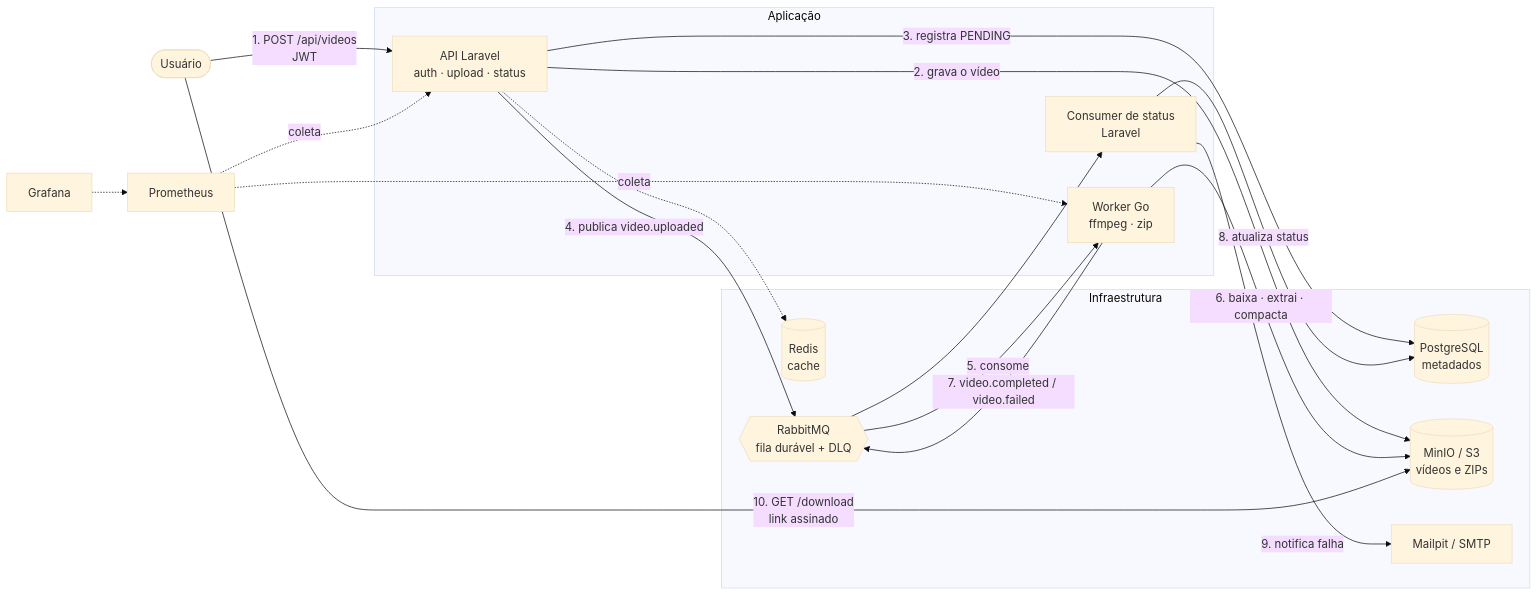
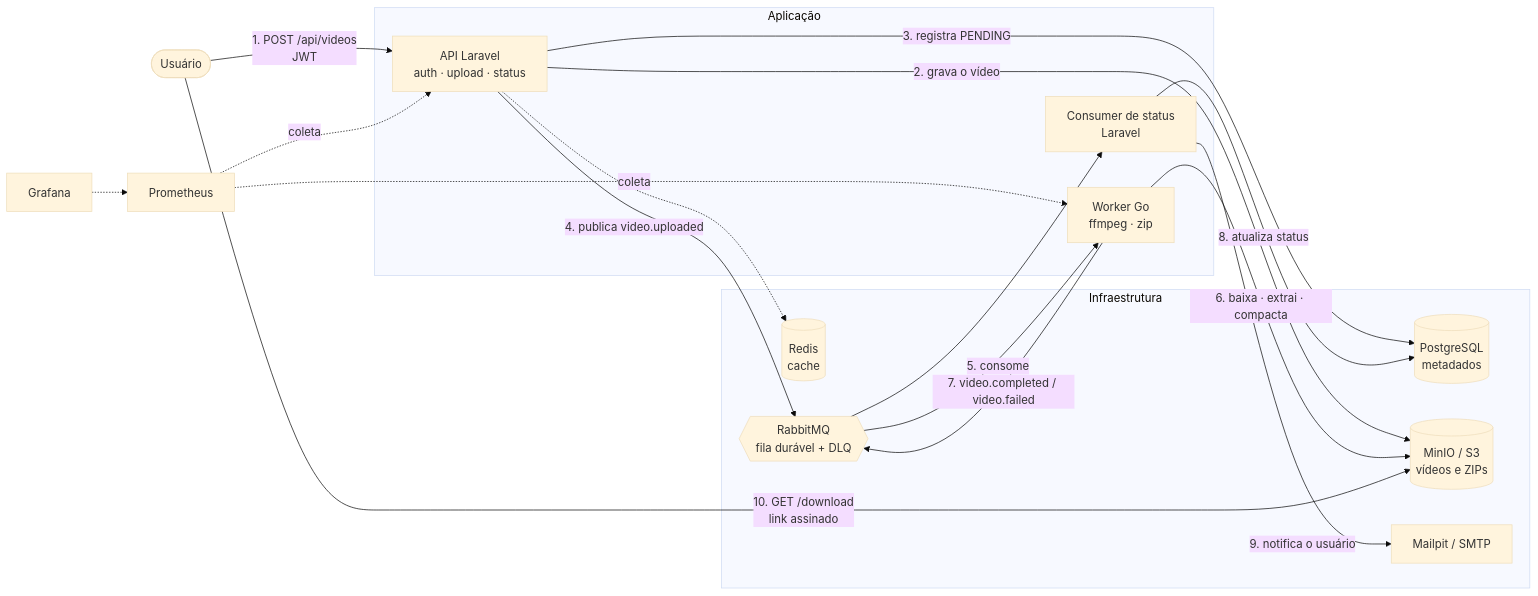
Before and after one commit to Khayzoh/projeto_fiap_x: the diagram in README.md, drawn with Mermaid (base theme). The commit also changed other lines of this file and 13 other files, not shown here.

````diff
--- a/README.md
+++ b/README.md
@@ -28,33 +28,33 @@
 ```mermaid
 flowchart LR
     U([Usuário]) -->|1. POST /api/videos<br/>JWT| API
 
     subgraph app [Aplicação]
         API[API Laravel<br/>auth · upload · status]
         W[Worker Go<br/>ffmpeg · zip]
         C[Consumer de status<br/>Laravel]
     end
 
     subgraph infra [Infraestrutura]
         PG[(PostgreSQL<br/>metadados)]
         RD[(Redis<br/>cache)]
         MQ{{RabbitMQ<br/>fila durável + DLQ}}
         S3[(MinIO / S3<br/>vídeos e ZIPs)]
         ML[Mailpit / SMTP]
     end
 
     API -->|2. grava o vídeo| S3
     API -->|3. registra PENDING| PG
     API -->|4. publica video.uploaded| MQ
     MQ -->|5. consome| W
     W -->|6. baixa · extrai · compacta| S3
     W -->|7. video.completed / video.failed| MQ
     MQ --> C
     C -->|8. atualiza status| PG
-    C -->|9. notifica falha| ML
+    C -->|9. notifica o usuário| ML
     U -->|10. GET /download<br/>link assinado| S3
 
     API -.-> RD
     PR[Prometheus] -.coleta.-> API & W
     GR[Grafana] -.-> PR
 ```
````
